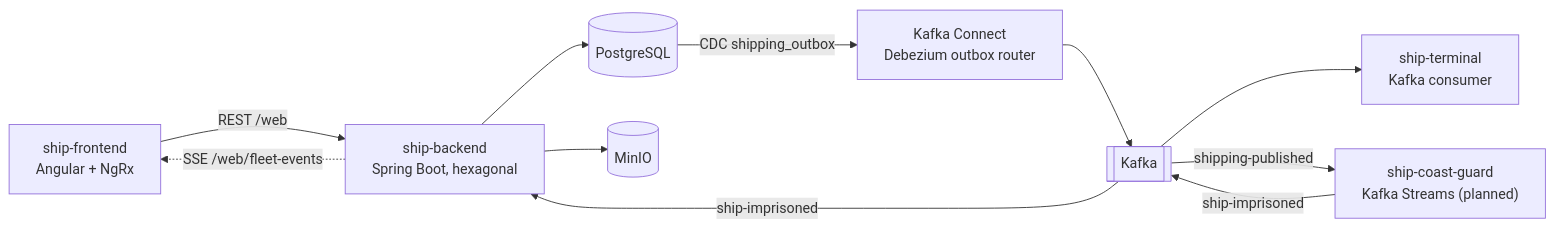
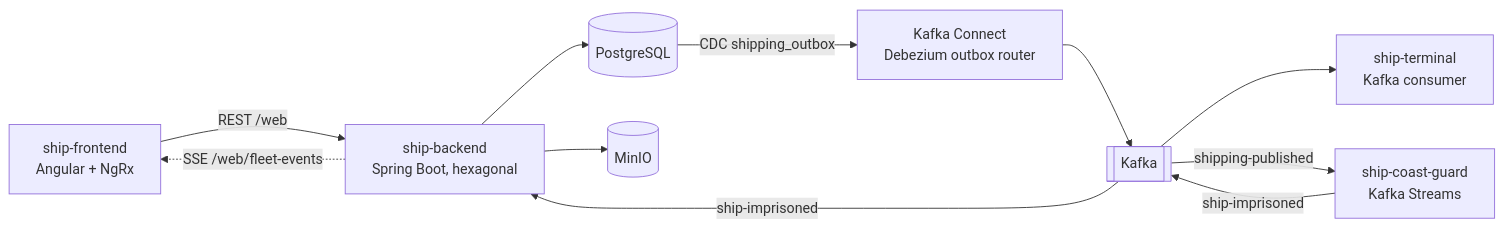
One commit to maurizio100/ddd-ship changed the first of 3 diagrams in docs/arc42/05-building-blocks.md. Above: the diagram before and after it, drawn with Mermaid. The commit also changed other lines of this file and 132 other files, not shown here.

First line of the commit message:
EPIC-005: The Coast Guard (#323)

````diff
--- a/docs/arc42/05-building-blocks.md
+++ b/docs/arc42/05-building-blocks.md
@@ -7,19 +7,19 @@
 ```mermaid
 flowchart LR
     FE["ship-frontend<br/>Angular + NgRx"]
     BE["ship-backend<br/>Spring Boot, hexagonal"]
     DB[("PostgreSQL")]
     S3[("MinIO")]
     CDC["Kafka Connect<br/>Debezium outbox router"]
     K[["Kafka"]]
     TERM["ship-terminal<br/>Kafka consumer"]
     FE -->|"REST /web"| BE
     BE -.->|"SSE /web/fleet-events"| FE
     BE --> DB
     BE --> S3
     DB -->|"CDC shipping_outbox"| CDC --> K --> TERM
-    CG["ship-coast-guard<br/>Kafka Streams (planned)"]
+    CG["ship-coast-guard<br/>Kafka Streams"]
     K -->|"shipping-published"| CG
     CG -->|"ship-imprisoned"| K
     K -->|"ship-imprisoned"| BE
 ```
````
